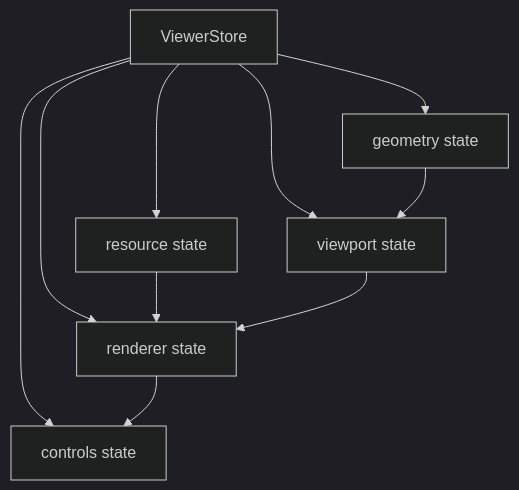
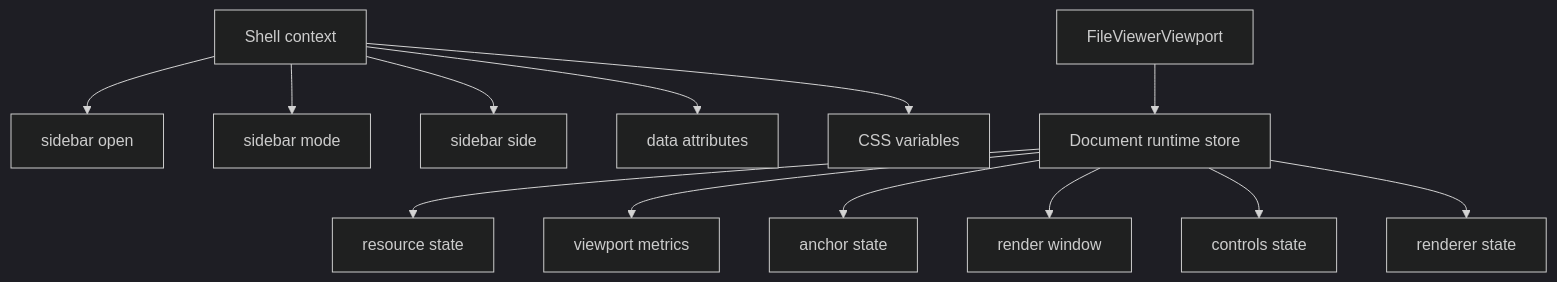
One commit to retab-dev/retab-ui changed diagram 20 of 26 in design/universal-file-viewer-greenfield-blueprint.md. Above: the diagram before and after it, drawn with Mermaid (dark theme). The commit also changed other lines of this file, not shown here.

Commit message:
update file viewer blueprint

````diff
--- a/design/universal-file-viewer-greenfield-blueprint.md
+++ b/design/universal-file-viewer-greenfield-blueprint.md
@@ -707,13 +777,16 @@
 ```mermaid
 flowchart TD
-  ViewerStore["ViewerStore"] --> ResourceState["resource state"]
-  ViewerStore --> GeometryState["geometry state"]
-  ViewerStore --> ViewportState["viewport state"]
-  ViewerStore --> ControlsState["controls state"]
-  ViewerStore --> RendererState["renderer state"]
+  ShellContext["Shell context"] --> Open["sidebar open"]
+  ShellContext --> Mode["sidebar mode"]
+  ShellContext --> Side["sidebar side"]
+  ShellContext --> Attrs["data attributes"]
+  ShellContext --> Vars["CSS variables"]
 
-  ResourceState --> RendererState
-  GeometryState --> ViewportState
-  ViewportState --> RendererState
-  RendererState --> ControlsState
+  Viewport["FileViewerViewport"] --> RuntimeStore["Document runtime store"]
+  RuntimeStore --> ResourceState["resource state"]
+  RuntimeStore --> ViewportState["viewport metrics"]
+  RuntimeStore --> AnchorState["anchor state"]
+  RuntimeStore --> WindowState["render window"]
+  RuntimeStore --> ControlsState["controls state"]
+  RuntimeStore --> RendererState["renderer state"]
 ```
````
